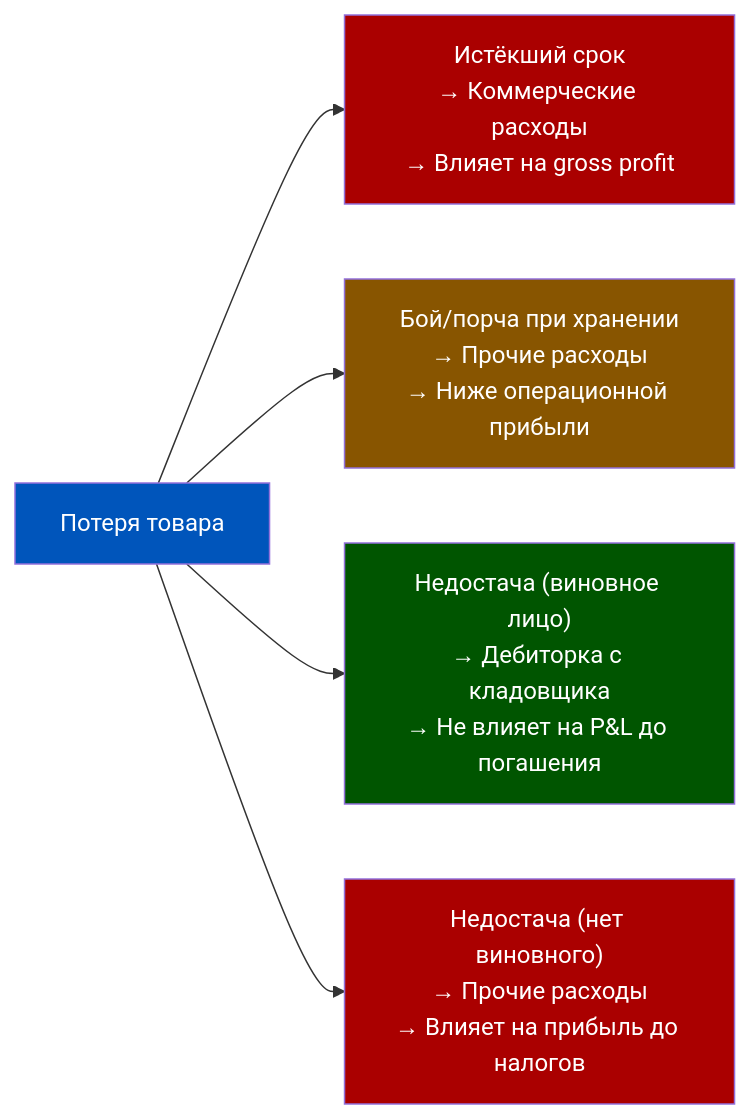
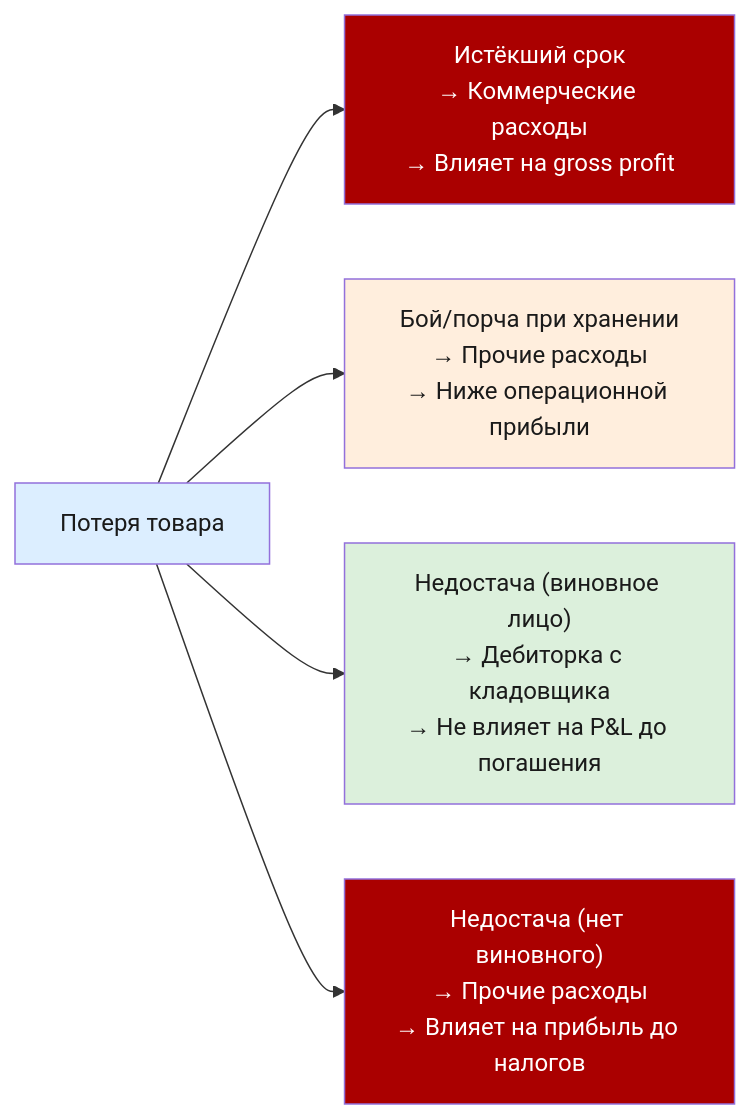
One commit to murad1986/1c-erp-quartz changed the ninth of 9 diagrams in content/1c-erp/week_5/Неделя 5 - День 4 - Оприходование и списание.md. Above: the diagram before and after it, drawn with Mermaid. The commit also changed other lines of this file and 57 other files, not shown here.

First line of the commit message:
fix: Mermaid — пастельные цвета в источниках диаграмм (56 файлов)

````diff
--- a/content/1c-erp/week_5/Неделя 5 - День 4 - Оприходование и списание.md
+++ b/content/1c-erp/week_5/Неделя 5 - День 4 - Оприходование и списание.md
@@ -499,21 +499,21 @@
 ```mermaid
 flowchart LR
     LOSS["Потеря товара"] --> T1["Истёкший срок
 → Коммерческие расходы
 → Влияет на gross profit"]
     LOSS --> T2["Бой/порча при хранении
 → Прочие расходы
 → Ниже операционной прибыли"]
     LOSS --> T3["Недостача (виновное лицо)
 → Дебиторка с кладовщика
 → Не влияет на P&L до погашения"]
     LOSS --> T4["Недостача (нет виновного)
 → Прочие расходы
 → Влияет на прибыль до налогов"]
 
-    style LOSS fill:#0055BB,color:#fff
+    style LOSS fill:#dceeff,color:#1a1a1a
     style T1 fill:#AA0000,color:#fff
-    style T2 fill:#885500,color:#fff
-    style T3 fill:#005500,color:#fff
+    style T2 fill:#ffeedd,color:#1a1a1a
+    style T3 fill:#dcf0dc,color:#1a1a1a
     style T4 fill:#AA0000,color:#fff
 ```
````
